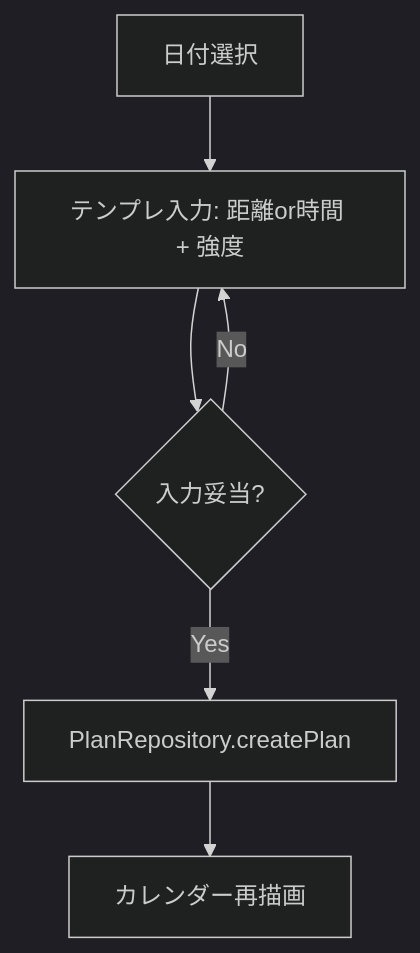
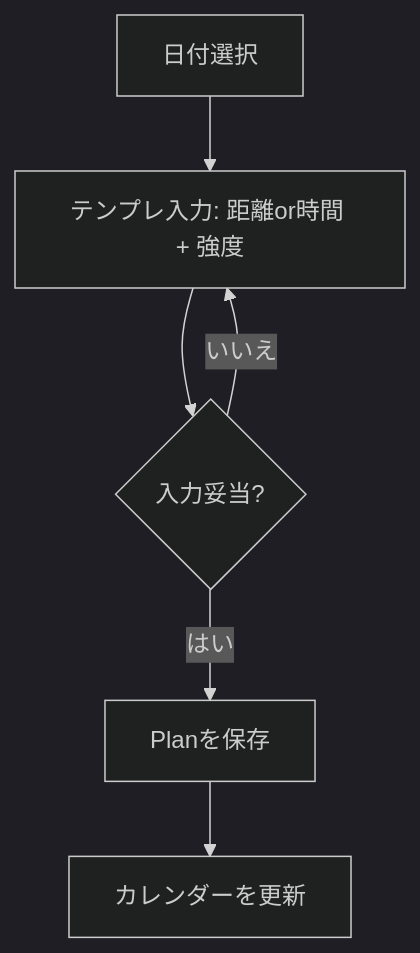
Before and after one commit to t-fan-gif/LongDistance_diary: the first of 3 diagrams in SOFTWARE_DETAILED_DESIGN.md, drawn with Mermaid (dark theme).

Commit message:
docs: unify plan flowchart labels

````diff
--- a/SOFTWARE_DETAILED_DESIGN.md
+++ b/SOFTWARE_DETAILED_DESIGN.md
@@ -146,8 +146,8 @@
 ```mermaid
 flowchart TD
   A[日付選択] --> B[テンプレ入力: 距離or時間 + 強度]
   B --> C{入力妥当?}
-  C -- No --> B
-  C -- Yes --> D[PlanRepository.createPlan]
-  D --> E[カレンダー再描画]
+  C -->|いいえ| B
+  C -->|はい| D["Planを保存"]
+  D --> E["カレンダーを更新"]
 ```
````
